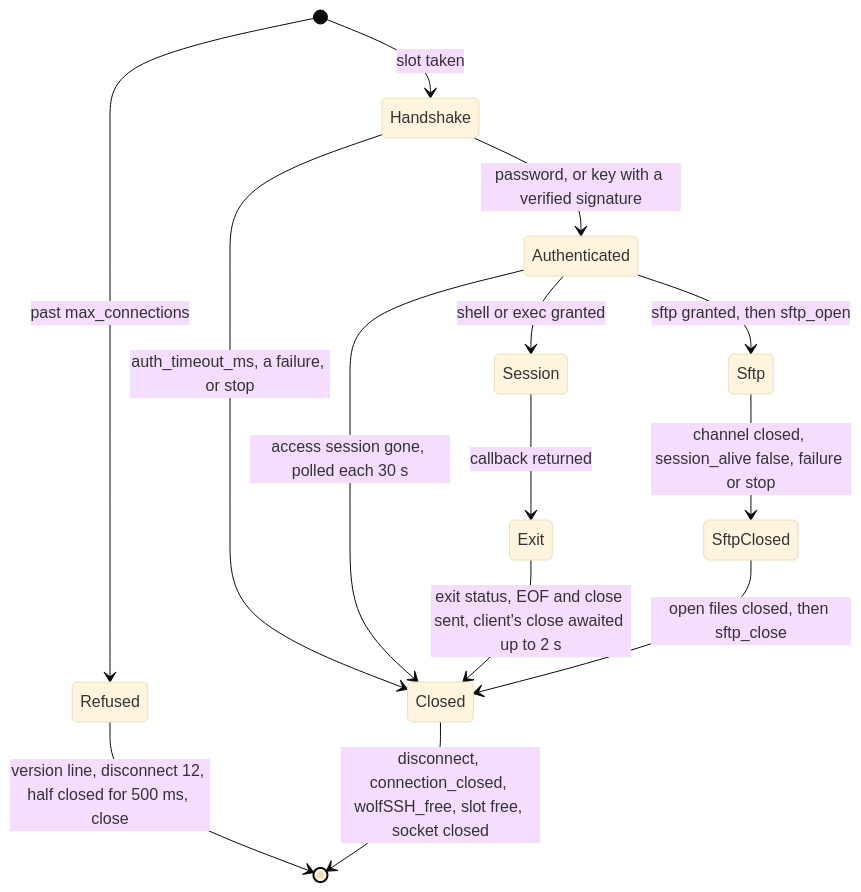
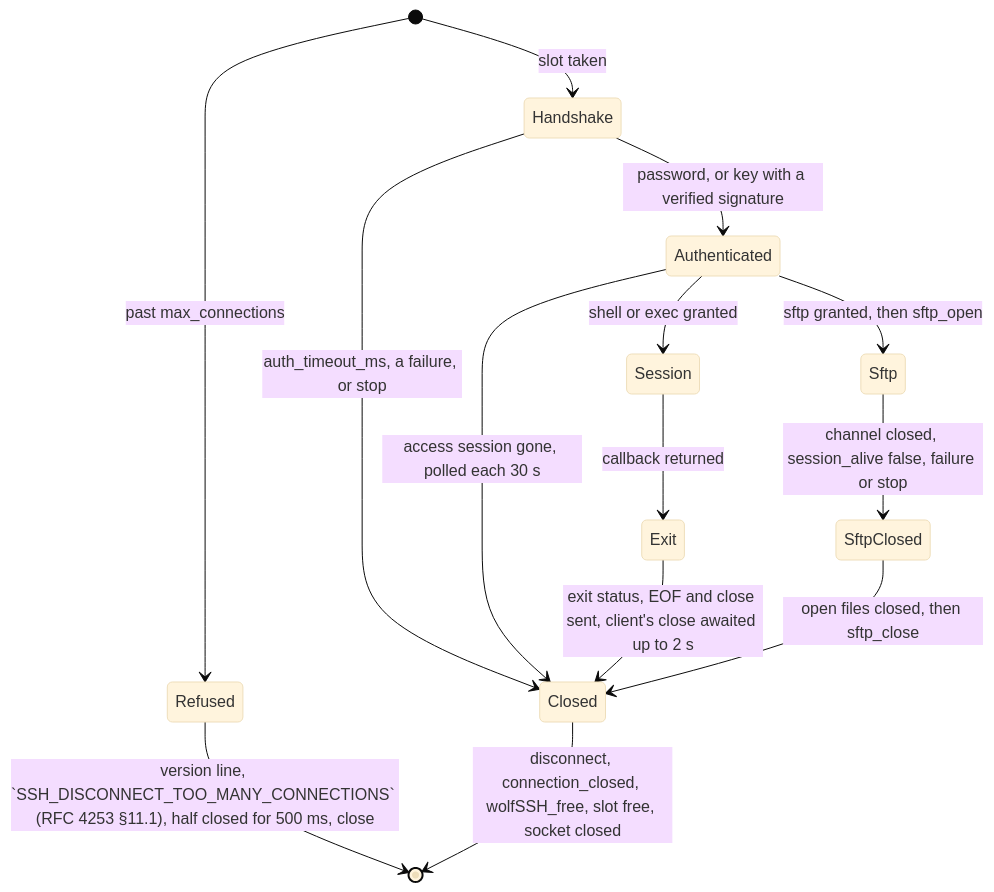
The second of 4 diagrams in docs/ssh-wolf-provider.md (wonny-labs/crux-pilot), drawn with Mermaid (base theme) before and after one commit. The commit also changed other lines of this file and 8 other files, not shown here.

````diff
--- a/docs/ssh-wolf-provider.md
+++ b/docs/ssh-wolf-provider.md
@@ -68,16 +68,16 @@
 ```mermaid
 stateDiagram-v2
     [*] --> Refused: past max_connections
-    Refused --> [*]: version line, disconnect 12, half closed for 500 ms, close
+    Refused --> [*]: version line, `SSH_DISCONNECT_TOO_MANY_CONNECTIONS` (RFC 4253 §11.1), half closed for 500 ms, close
     [*] --> Handshake: slot taken
     Handshake --> Closed: auth_timeout_ms, a failure, or stop
     Handshake --> Authenticated: password, or key with a verified signature
     Authenticated --> Closed: access session gone, polled each 30 s
     Authenticated --> Session: shell or exec granted
     Authenticated --> Sftp: sftp granted, then sftp_open
     Session --> Exit: callback returned
     Exit --> Closed: exit status, EOF and close sent, client's close awaited up to 2 s
     Sftp --> SftpClosed: channel closed, session_alive false, failure or stop
     SftpClosed --> Closed: open files closed, then sftp_close
     Closed --> [*]: disconnect, connection_closed, wolfSSH_free, slot free, socket closed
 ```
````
